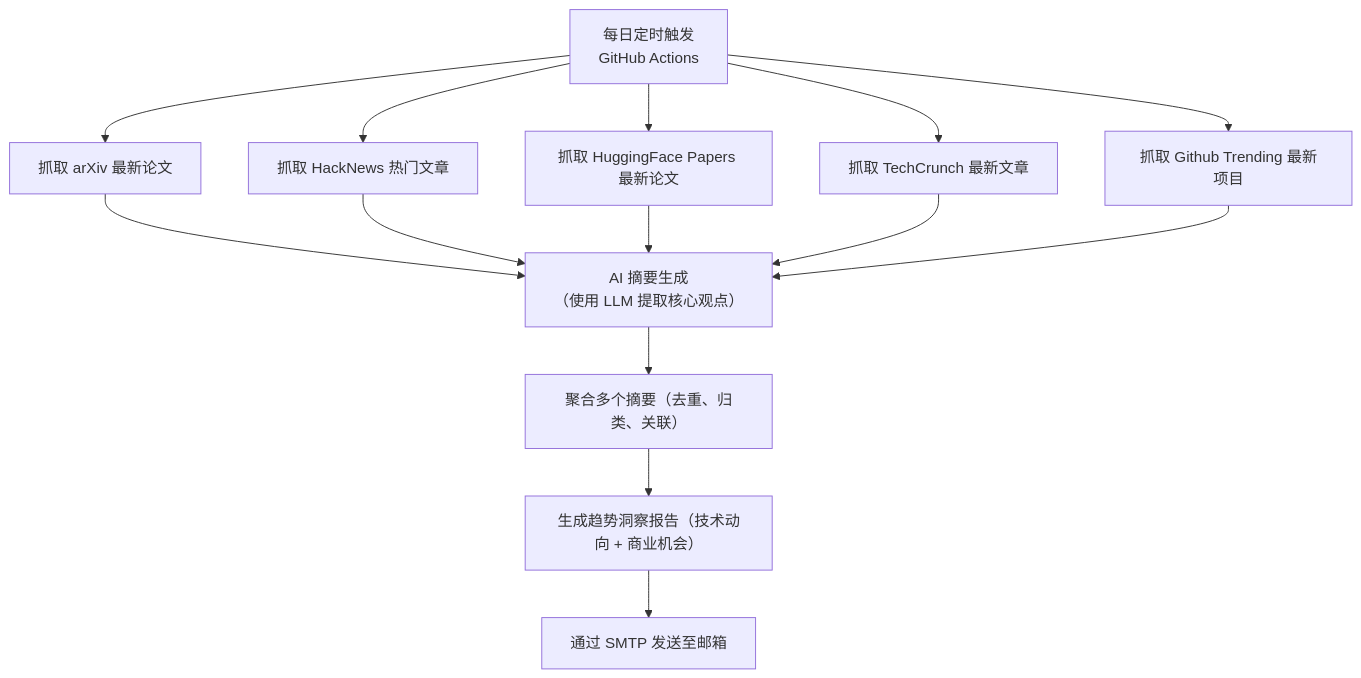
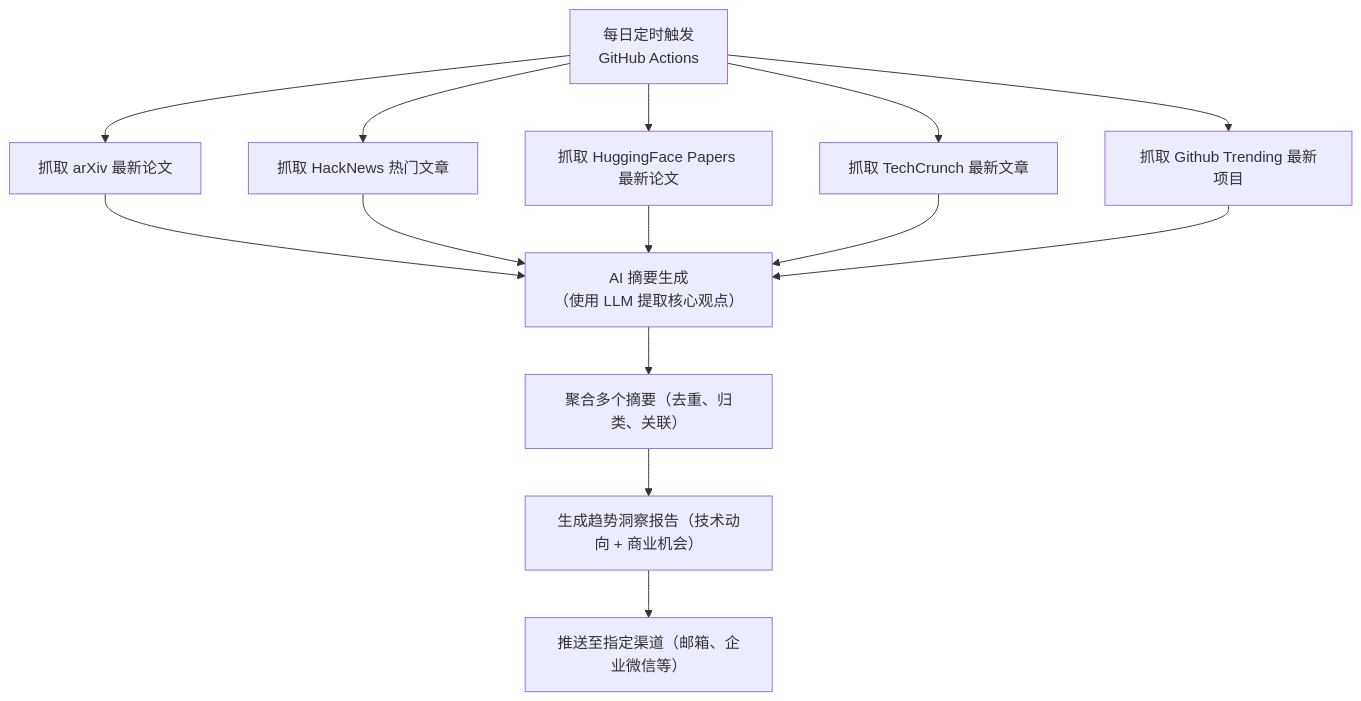
One commit to cv70/ActionSchedule changed the diagram in README.md. Above: the diagram before and after it, drawn with Mermaid. The commit also changed other lines of this file and 8 other files, not shown here.

````diff
--- a/README.md
+++ b/README.md
@@ -9,16 +9,16 @@
 ```mermaid
 graph TD
     A[每日定时触发<br>GitHub Actions] --> B[抓取 arXiv 最新论文]
     A --> C[抓取 HackNews 热门文章]
     A --> D[抓取 HuggingFace Papers 最新论文]
     A --> E[抓取 TechCrunch 最新文章]
     A --> F[抓取 Github Trending 最新项目]
     B --> G[AI 摘要生成<br>（使用 LLM 提取核心观点）]
     C --> G
     D --> G
     E --> G
     F --> G
     G --> H[聚合多个摘要（去重、归类、关联）]
     H --> I[生成趋势洞察报告（技术动向 + 商业机会）]
-    I --> J[通过 SMTP 发送至邮箱]
+    I --> J[推送至指定渠道（邮箱、企业微信等）]
 ```
````
